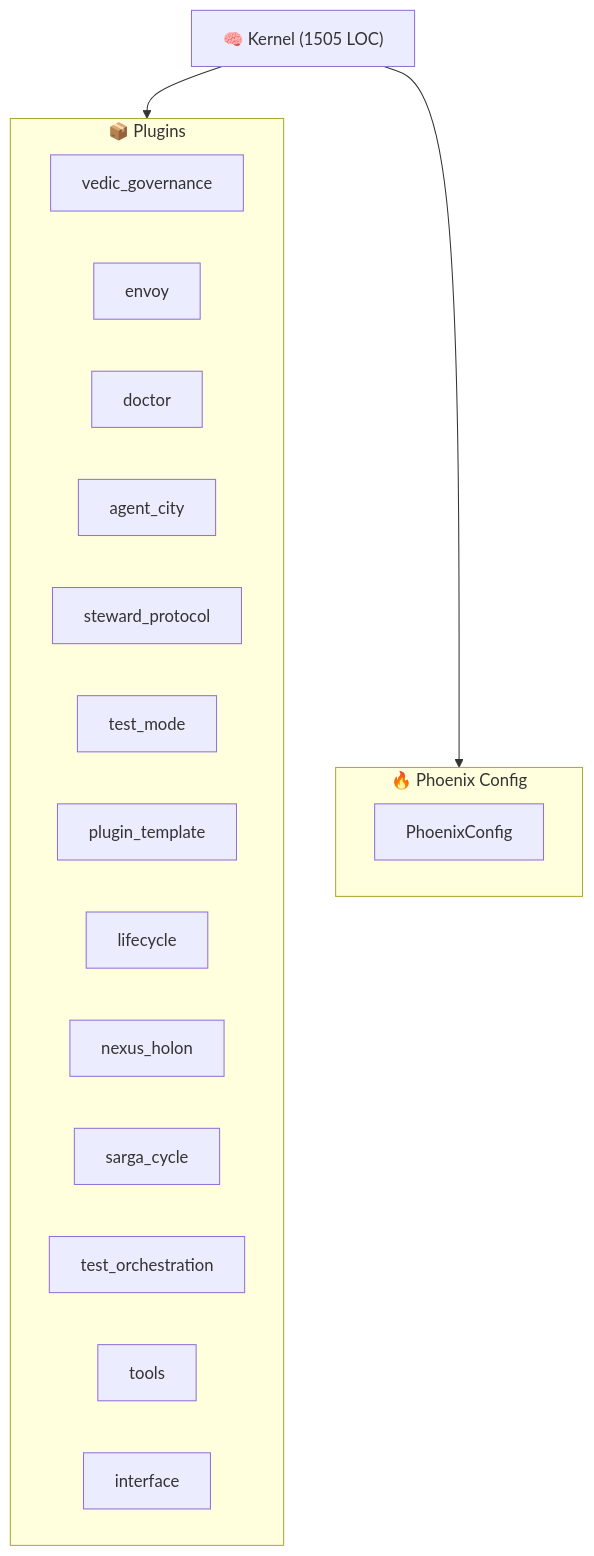
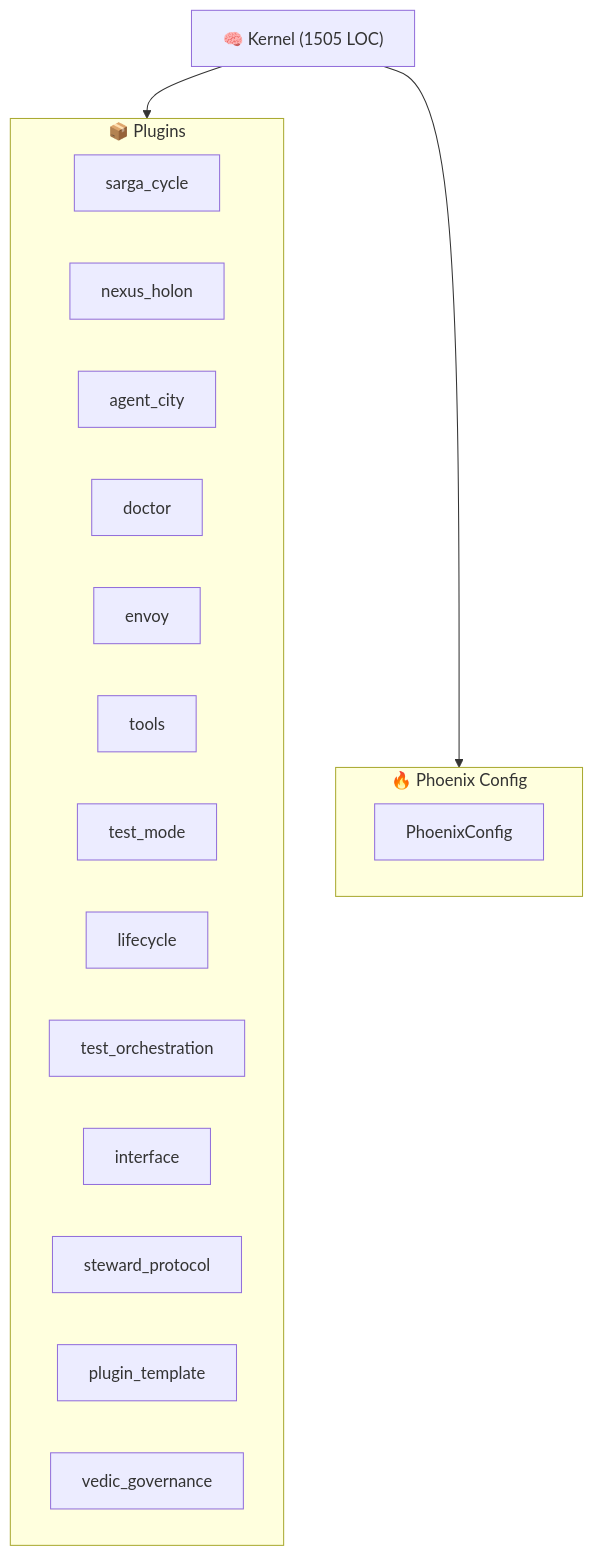
One commit to kimeisele/steward-protocol changed the diagram in ARCHITECTURE.md. Above: the diagram before and after it, drawn with Mermaid. The commit also changed other lines of this file and 15 other files, not shown here.

````diff
--- a/ARCHITECTURE.md
+++ b/ARCHITECTURE.md
@@ -8,24 +8,24 @@
 ```mermaid
 graph TB
     K["🧠 Kernel (1505 LOC)"]
     subgraph Plugins["📦 Plugins"]
+        P_sarga_cycle["sarga_cycle"]
+        P_nexus_holon["nexus_holon"]
+        P_agent_city["agent_city"]
+        P_doctor["doctor"]
+        P_envoy["envoy"]
+        P_tools["tools"]
+        P_test_mode["test_mode"]
+        P_lifecycle["lifecycle"]
+        P_test_orchestration["test_orchestration"]
+        P_interface["interface"]
+        P_steward_protocol["steward_protocol"]
+        P_plugin_template["plugin_template"]
         P_vedic_governance["vedic_governance"]
-        P_envoy["envoy"]
-        P_doctor["doctor"]
-        P_agent_city["agent_city"]
-        P_steward_protocol["steward_protocol"]
-        P_test_mode["test_mode"]
-        P_plugin_template["plugin_template"]
-        P_lifecycle["lifecycle"]
-        P_nexus_holon["nexus_holon"]
-        P_sarga_cycle["sarga_cycle"]
-        P_test_orchestration["test_orchestration"]
-        P_tools["tools"]
-        P_interface["interface"]
     end
     K --> Plugins
     subgraph Config["🔥 Phoenix Config"]
         PC[PhoenixConfig]
     end
     K --> Config
 ```
````
